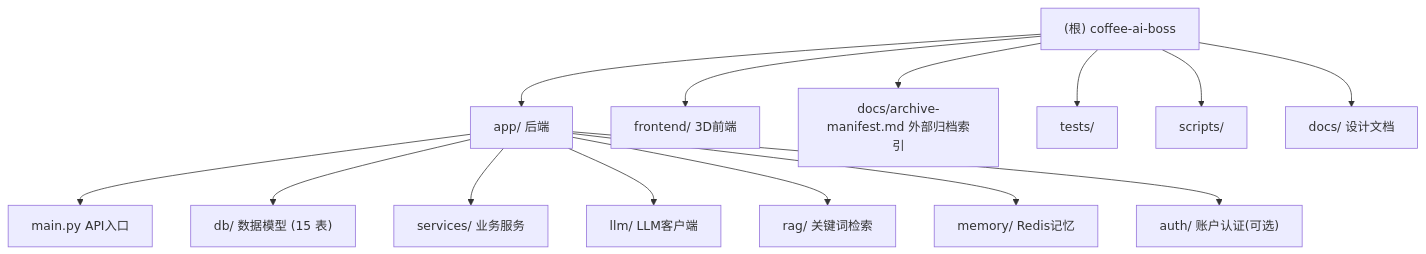
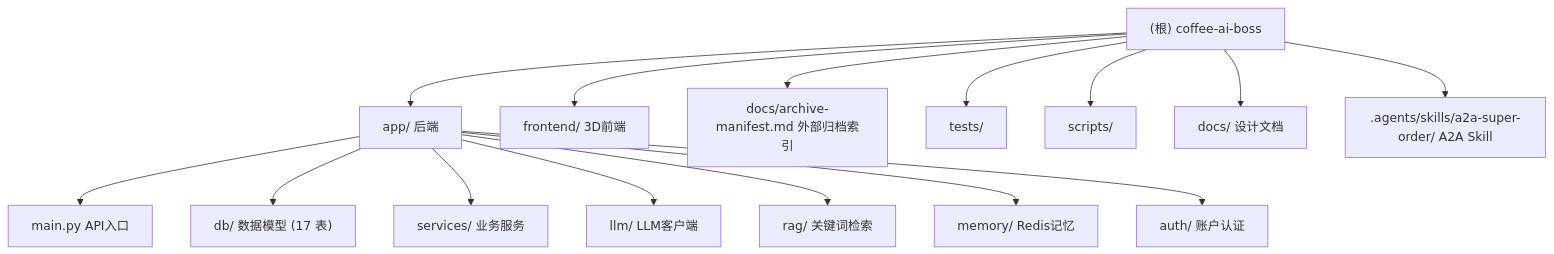
One commit to flying-dragon-ai/super-agentic-diner changed the diagram in CLAUDE.md. Above: the diagram before and after it, drawn with Mermaid. The commit also changed other lines of this file and 71 other files, not shown here.

````diff
--- a/CLAUDE.md
+++ b/CLAUDE.md
@@ -107,20 +114,22 @@
 ```mermaid
 graph TD
     Root["(根) coffee-ai-boss"] --> App["app/ 后端"]
     Root --> Frontend["frontend/ 3D前端"]
     Root --> ArchiveManifest["docs/archive-manifest.md 外部归档索引"]
     Root --> Tests["tests/"]
     Root --> Scripts["scripts/"]
     Root --> Docs["docs/ 设计文档"]
+    Root --> Skill[".agents/skills/a2a-super-order/ A2A Skill"]
     App --> AppMain["main.py API入口"]
-    App --> AppDb["db/ 数据模型 (15 表)"]
+    App --> AppDb["db/ 数据模型 (17 表)"]
     App --> AppServices["services/ 业务服务"]
     App --> AppLlm["llm/ LLM客户端"]
     App --> AppRag["rag/ 关键词检索"]
     App --> AppMemory["memory/ Redis记忆"]
-    App --> AppAuth["auth/ 账户认证(可选)"]
+    App --> AppAuth["auth/ 账户认证"]
 
     click App "./app/CLAUDE.md" "查看后端模块文档"
     click Frontend "./frontend/CLAUDE.md" "查看 3D 前端模块文档"
+    click Skill "./.agents/skills/a2a-super-order/CLAUDE.md" "查看 A2A Skill 模块文档"
     click ArchiveManifest "./docs/archive-manifest.md" "查看外部归档位置与恢复方式"
 ```
````
